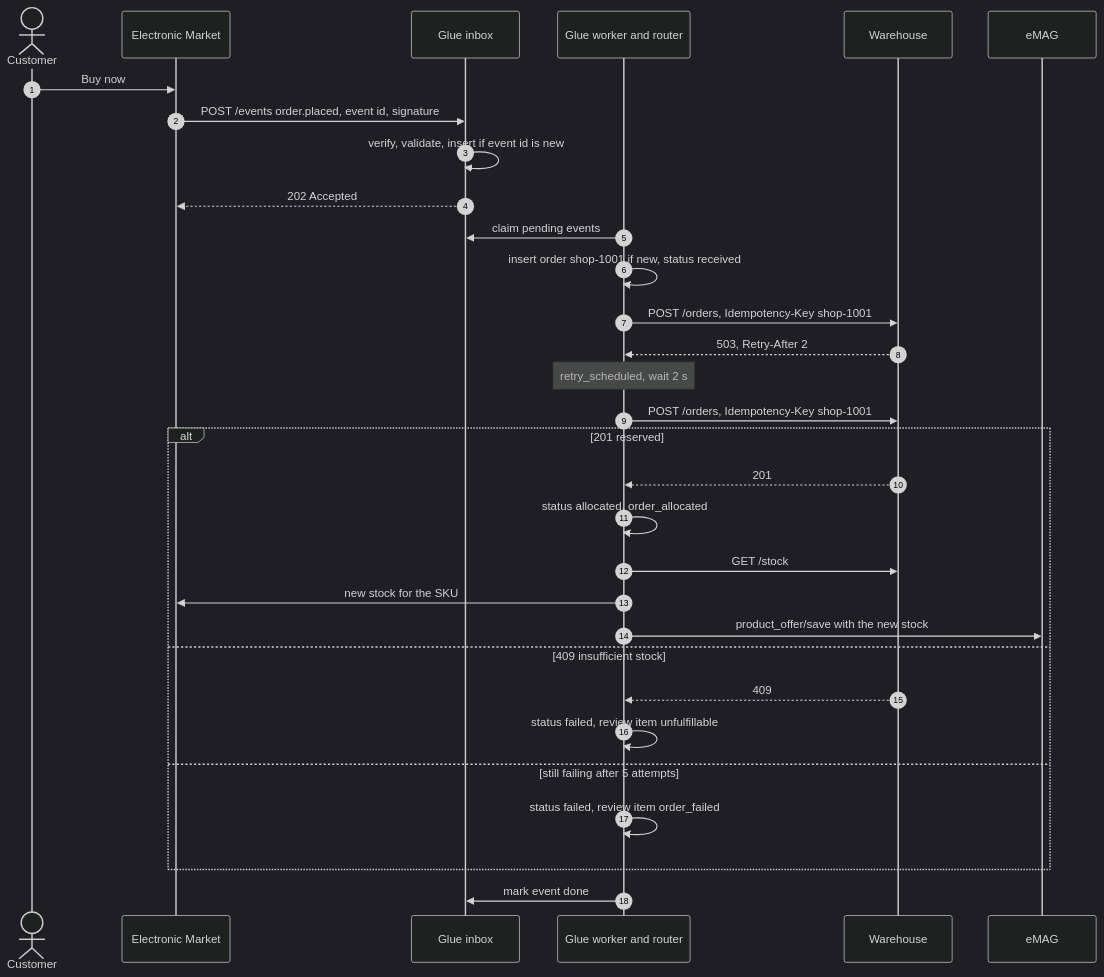
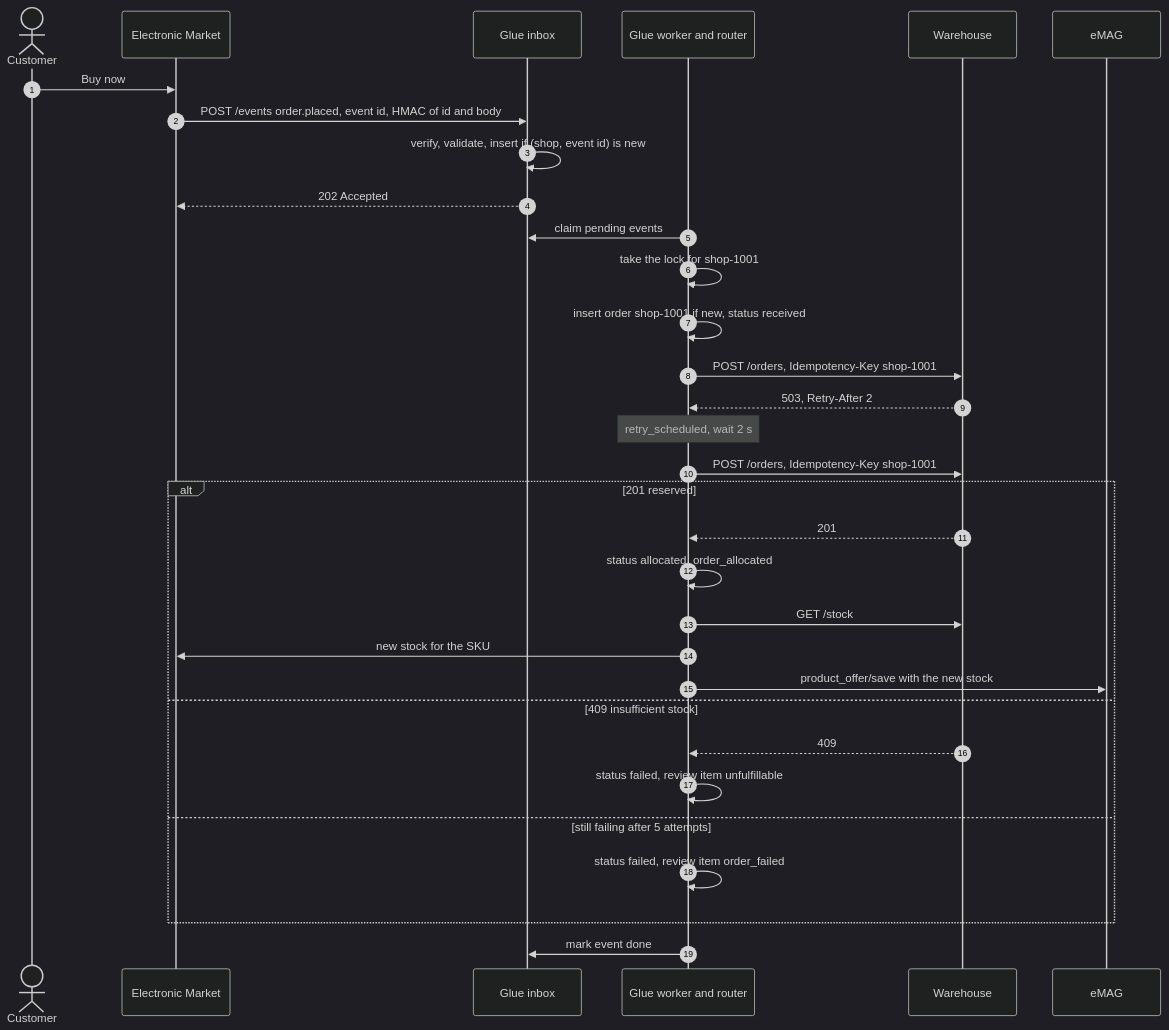
The second of 8 diagrams in docs/architecture.md (PantelimonGulie/adb-glue-service), drawn with Mermaid (dark theme) before and after one commit. The commit also changed other lines of this file and 3 other files, not shown here.

````diff
--- a/docs/architecture.md
+++ b/docs/architecture.md
@@ -73,34 +118,35 @@
 ```mermaid
 sequenceDiagram
     autonumber
     actor C as Customer
     participant S as Electronic Market
     participant I as Glue inbox
     participant G as Glue worker and router
     participant WH as Warehouse
     participant E as eMAG
 
     C->>S: Buy now
-    S->>I: POST /events order.placed, event id, signature
-    I->>I: verify, validate, insert if event id is new
+    S->>I: POST /events order.placed, event id, HMAC of id and body
+    I->>I: verify, validate, insert if (shop, event id) is new
     I-->>S: 202 Accepted
     G->>I: claim pending events
+    G->>G: take the lock for shop-1001
     G->>G: insert order shop-1001 if new, status received
     G->>WH: POST /orders, Idempotency-Key shop-1001
     WH-->>G: 503, Retry-After 2
     Note over G: retry_scheduled, wait 2 s
     G->>WH: POST /orders, Idempotency-Key shop-1001
     alt 201 reserved
         WH-->>G: 201
         G->>G: status allocated, order_allocated
         G->>WH: GET /stock
         G->>S: new stock for the SKU
         G->>E: product_offer/save with the new stock
     else 409 insufficient stock
         WH-->>G: 409
         G->>G: status failed, review item unfulfillable
     else still failing after 5 attempts
         G->>G: status failed, review item order_failed
     end
     G->>I: mark event done
 ```
````
